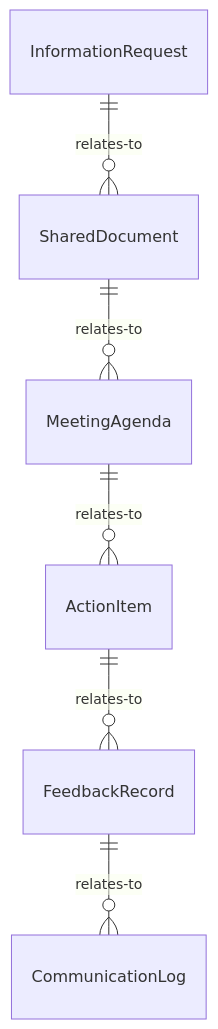
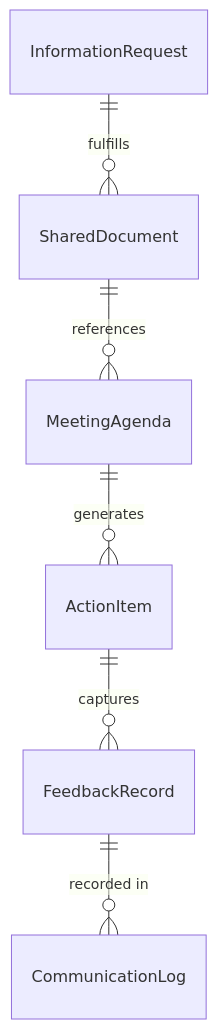
One commit to dot-org-ai/tasks.org.ai changed the first of 4 diagrams in CommunicatingWithSupervisorsPeersOrSubordinates/ConferWithClientsToDetermineNeedsOrOrderSpecifications/ConferClientsExchangeInformation.mdx. Above: the diagram before and after it, drawn with Mermaid. The commit also changed other lines of this file and 515 other files, not shown here.

````diff
--- a/CommunicatingWithSupervisorsPeersOrSubordinates/ConferWithClientsToDetermineNeedsOrOrderSpecifications/ConferClientsExchangeInformation.mdx
+++ b/CommunicatingWithSupervisorsPeersOrSubordinates/ConferWithClientsToDetermineNeedsOrOrderSpecifications/ConferClientsExchangeInformation.mdx
@@ -87,8 +87,8 @@
 ```mermaid
 erDiagram
-    InformationRequest ||--o{ SharedDocument : relates-to
-    SharedDocument ||--o{ MeetingAgenda : relates-to
-    MeetingAgenda ||--o{ ActionItem : relates-to
-    ActionItem ||--o{ FeedbackRecord : relates-to
-    FeedbackRecord ||--o{ CommunicationLog : relates-to
+    InformationRequest ||--o{ SharedDocument : fulfills
+    SharedDocument ||--o{ MeetingAgenda : references
+    MeetingAgenda ||--o{ ActionItem : generates
+    ActionItem ||--o{ FeedbackRecord : captures
+    FeedbackRecord ||--o{ CommunicationLog : "recorded in"
 ```
````
